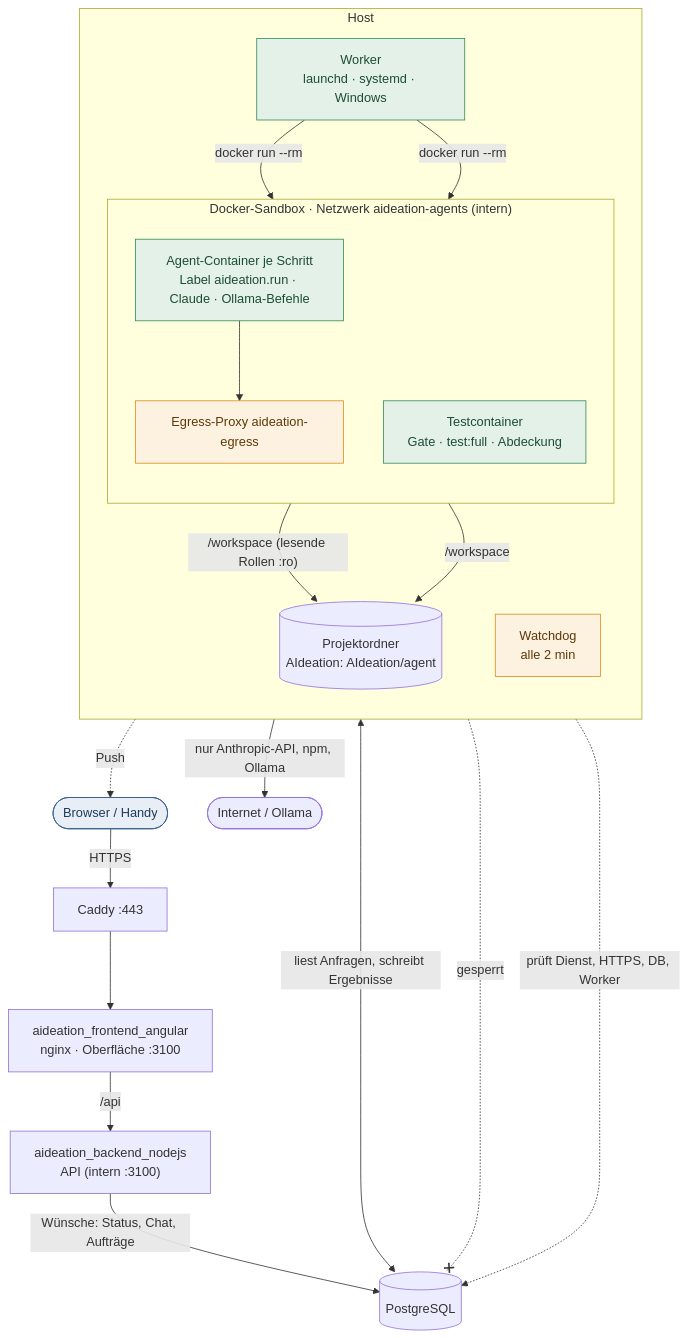
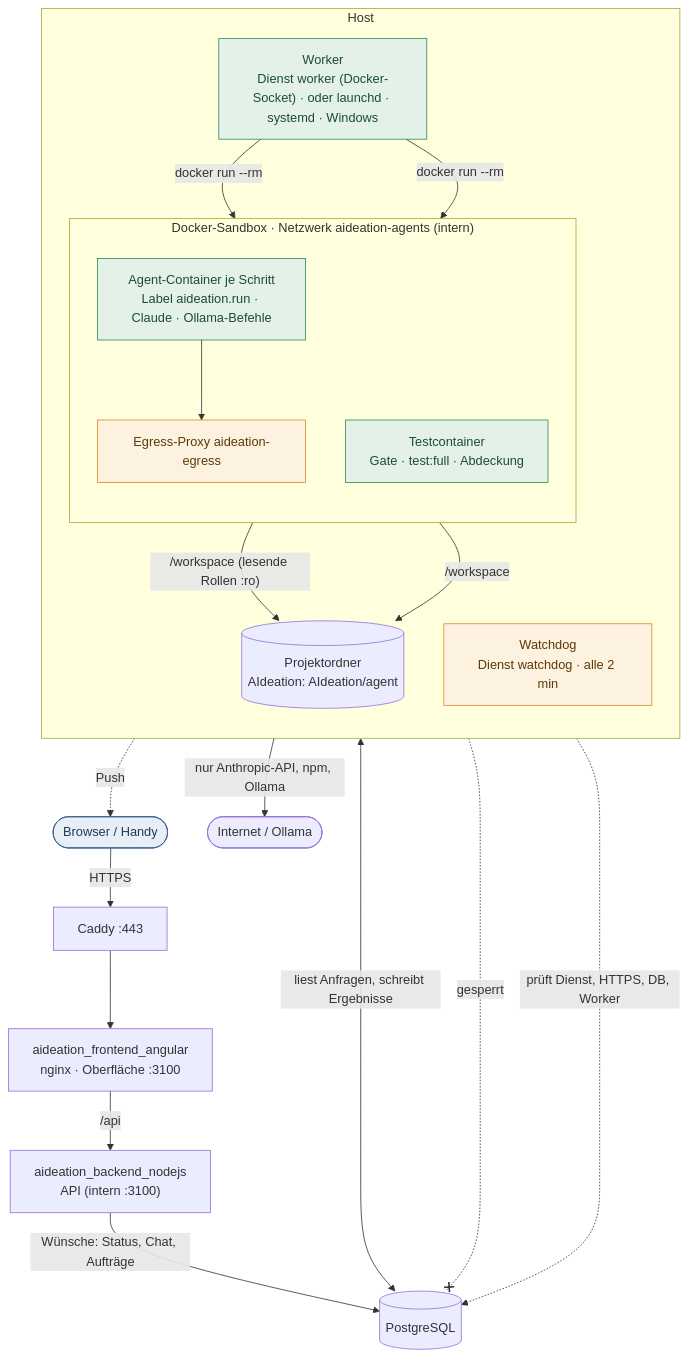
Before and after one commit to zaaaazzy/AutoDEV: the first of 9 diagrams in docs/laufzeit.md, drawn with Mermaid. The commit also changed other lines of this file and 24 other files, not shown here.

First line of the commit message:
Entwickler: Docker-Sandbox Phase 4 (optional): Worker als Compose-Dienst

````diff
--- a/docs/laufzeit.md
+++ b/docs/laufzeit.md
@@ -9,33 +9,33 @@
 ```mermaid
 flowchart TB
   U(["Browser / Handy"]):::person -->|HTTPS| C["Caddy :443"]
   C --> FE["aideation_frontend_angular<br/>nginx · Oberfläche :3100"]
   FE -->|"/api"| API["aideation_backend_nodejs<br/>API (intern :3100)"]
   subgraph HOST["Host"]
     direction TB
-    W["Worker<br/>launchd · systemd · Windows"]:::ok
-    WD["Watchdog<br/>alle 2 min"]:::wait
+    W["Worker<br/>Dienst worker (Docker-Socket) · oder launchd · systemd · Windows"]:::ok
+    WD["Watchdog<br/>Dienst watchdog · alle 2 min"]:::wait
     P[("Projektordner<br/>AIdeation: AIdeation/agent")]
     subgraph SANDBOX["Docker-Sandbox · Netzwerk aideation-agents (intern)"]
       direction TB
       AG["Agent-Container je Schritt<br/>Label aideation.run · Claude · Ollama-Befehle"]:::ok
       TC["Testcontainer<br/>Gate · test:full · Abdeckung"]:::ok
       EG["Egress-Proxy aideation-egress"]:::wait
     end
   end
   API -->|"Wünsche: Status, Chat, Aufträge"| DB[("PostgreSQL")]
   W <-->|"liest Anfragen, schreibt Ergebnisse"| DB
   W -->|"docker run --rm"| AG
   W -->|"docker run --rm"| TC
   AG -->|"/workspace (lesende Rollen :ro)"| P
   TC -->|/workspace| P
   AG --> EG
   EG -->|"nur Anthropic-API, npm, Ollama"| NET(["Internet / Ollama"])
   AG -.-x|gesperrt| DB
   WD -.->|"prüft Dienst, HTTPS, DB, Worker"| DB
   WD -.->|Push| U
   classDef ok fill:#e3f1e8,stroke:#2f8a57,color:#1d4d33
   classDef bad fill:#fbe9e4,stroke:#b4472f,color:#6b2717
   classDef wait fill:#fdf1e0,stroke:#e08a1e,color:#5c3a0a
   classDef person fill:#e8eef6,stroke:#36608f,color:#1f3a5c
 ```
````
